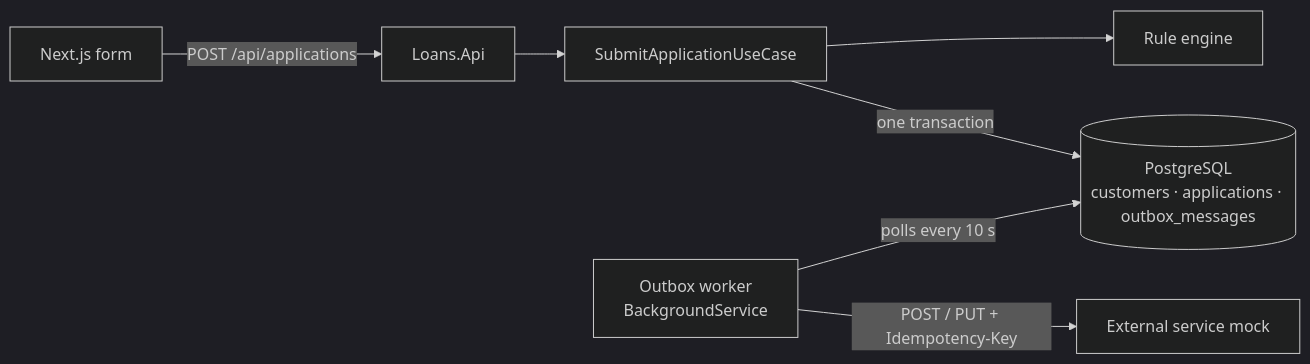
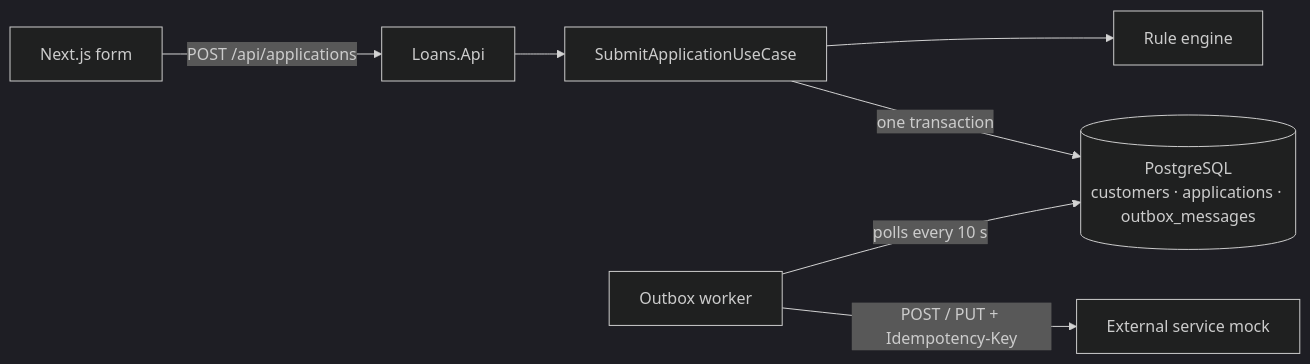
One commit to prkalvajr/loan-take-home-test changed the diagram in ARCHITECTURE.md. Above: the diagram before and after it, drawn with Mermaid (dark theme). The commit also changed other lines of this file and 1 other file, not shown here.

First line of the commit message:
Trim README and ARCHITECTURE.md to one lean page each

````diff
--- a/ARCHITECTURE.md
+++ b/ARCHITECTURE.md
@@ -20,9 +5,8 @@
 ```mermaid
 flowchart LR
     UI[Next.js form] -- POST /api/applications --> API[Loans.Api]
-    API --> UC[SubmitApplicationUseCase]
-    UC --> RE[Rule engine]
+    API --> UC[SubmitApplicationUseCase] --> RE[Rule engine]
     UC -- one transaction --> DB[(PostgreSQL<br/>customers · applications · outbox_messages)]
-    W[Outbox worker<br/>BackgroundService] -- polls every 10 s --> DB
+    W[Outbox worker] -- polls every 10 s --> DB
     W -- POST / PUT + Idempotency-Key --> EXT[External service mock]
 ```
````
